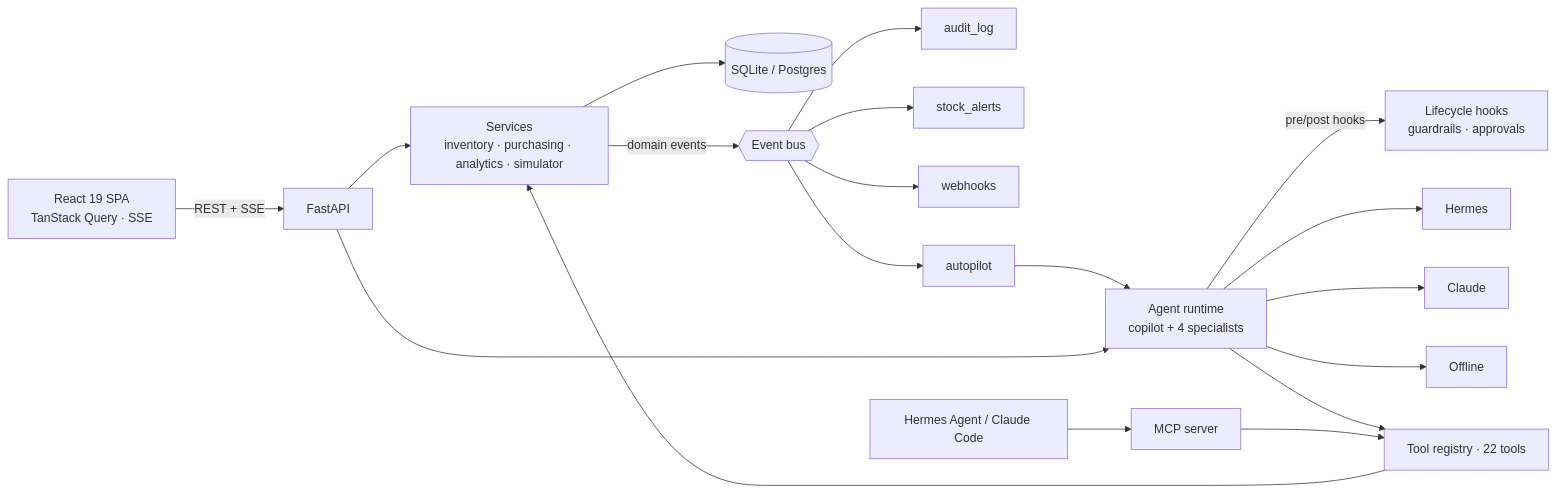
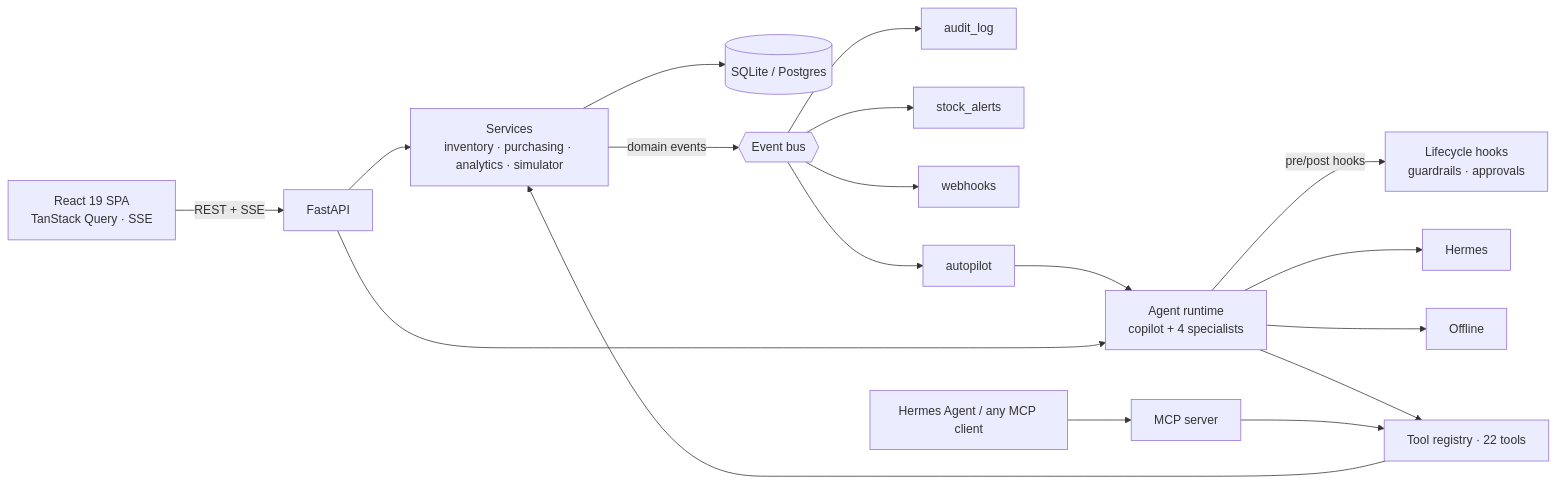
One commit to parthkansal823/IntelliInventory changed the diagram in README.md. Above: the diagram before and after it, drawn with Mermaid. The commit also changed other lines of this file and 18 other files, not shown here.

````diff
--- a/README.md
+++ b/README.md
@@ -148,16 +146,16 @@
 ```mermaid
 flowchart LR
   UI[React 19 SPA<br/>TanStack Query · SSE] -->|REST + SSE| API[FastAPI]
   API --> SVC[Services<br/>inventory · purchasing · analytics · simulator]
   SVC --> DB[(SQLite / Postgres)]
   SVC -->|domain events| BUS{{Event bus}}
   BUS --> H1[audit_log] & H2[stock_alerts] & H3[webhooks] & H4[autopilot]
   H4 --> RT
   API --> RT[Agent runtime<br/>copilot + 4 specialists]
   RT -->|pre/post hooks| HK[Lifecycle hooks<br/>guardrails · approvals]
-  RT --> P1[Hermes] & P2[Claude] & P3[Offline]
+  RT --> P1[Hermes] & P3[Offline]
   RT --> TOOLS[Tool registry · 22 tools]
   MCP[MCP server] --> TOOLS
-  HERMES[Hermes Agent / Claude Code] --> MCP
+  HERMES[Hermes Agent / any MCP client] --> MCP
   TOOLS --> SVC
 ```
````
